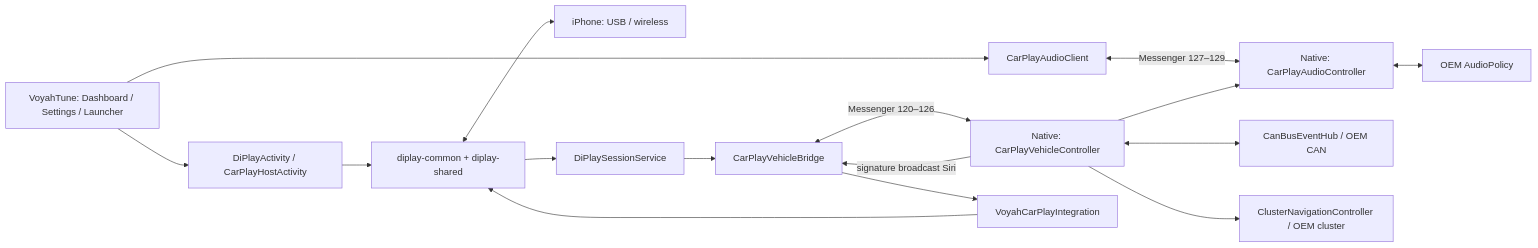
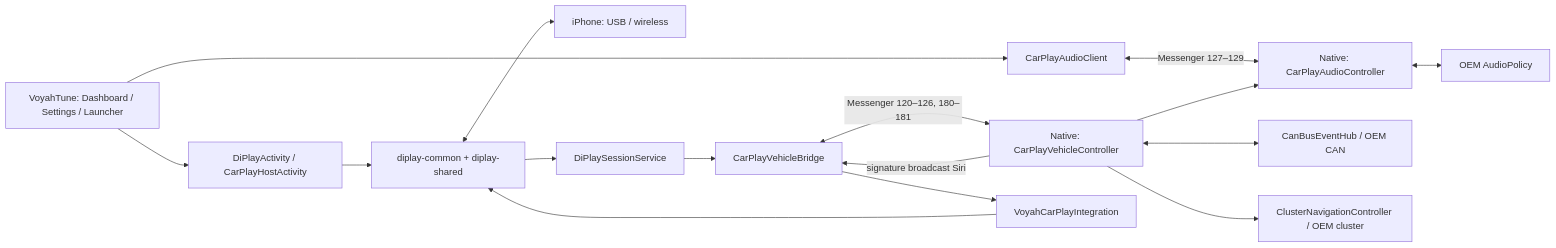
One commit to nexron171/VoyahTune changed the diagram in Docs/carplay-diplay.md. Above: the diagram before and after it, drawn with Mermaid. The commit also changed other lines of this file and 27 other files, not shown here.

Commit message:
CarPlay Ultra - base integration

````diff
--- a/Docs/carplay-diplay.md
+++ b/Docs/carplay-diplay.md
@@ -37,18 +37,18 @@
 ```mermaid
 flowchart LR
     UI[VoyahTune: Dashboard / Settings / Launcher] --> CP[DiPlayActivity / CarPlayHostActivity]
     CP --> Engine[diplay-common + diplay-shared]
     Engine <--> Phone[iPhone: USB / wireless]
     Engine --> Session[DiPlaySessionService]
     Session --> Bridge[CarPlayVehicleBridge]
-    Bridge <-->|Messenger 120–126| Native[Native: CarPlayVehicleController]
+    Bridge <-->|Messenger 120–126, 180–181| Native[Native: CarPlayVehicleController]
     UI --> Volumes[CarPlayAudioClient]
     Volumes <-->|Messenger 127–129| Audio[Native: CarPlayAudioController]
     Native --> Audio
     Audio <--> Policy[OEM AudioPolicy]
     Native <--> CAN[CanBusEventHub / OEM CAN]
     Native --> Cluster[ClusterNavigationController / OEM cluster]
     Native -->|signature broadcast Siri| Bridge
     Bridge --> Integration[VoyahCarPlayIntegration]
     Integration --> Engine
 ```
````
